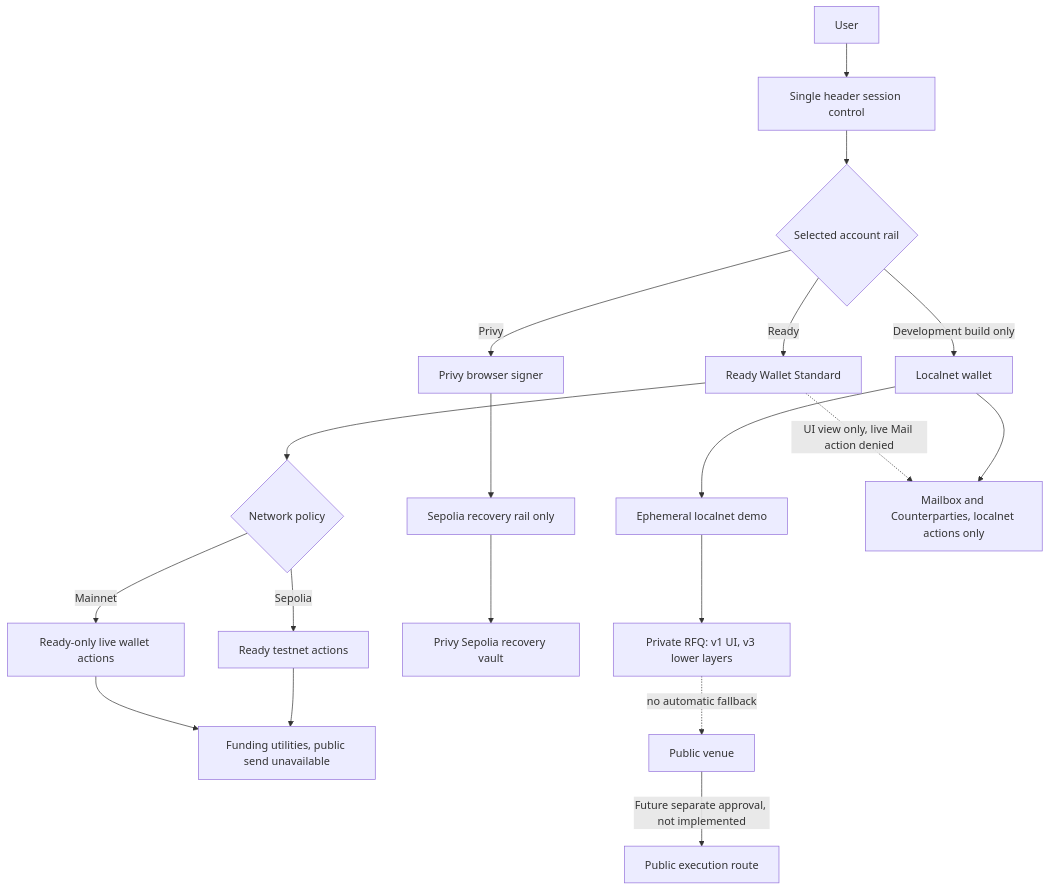
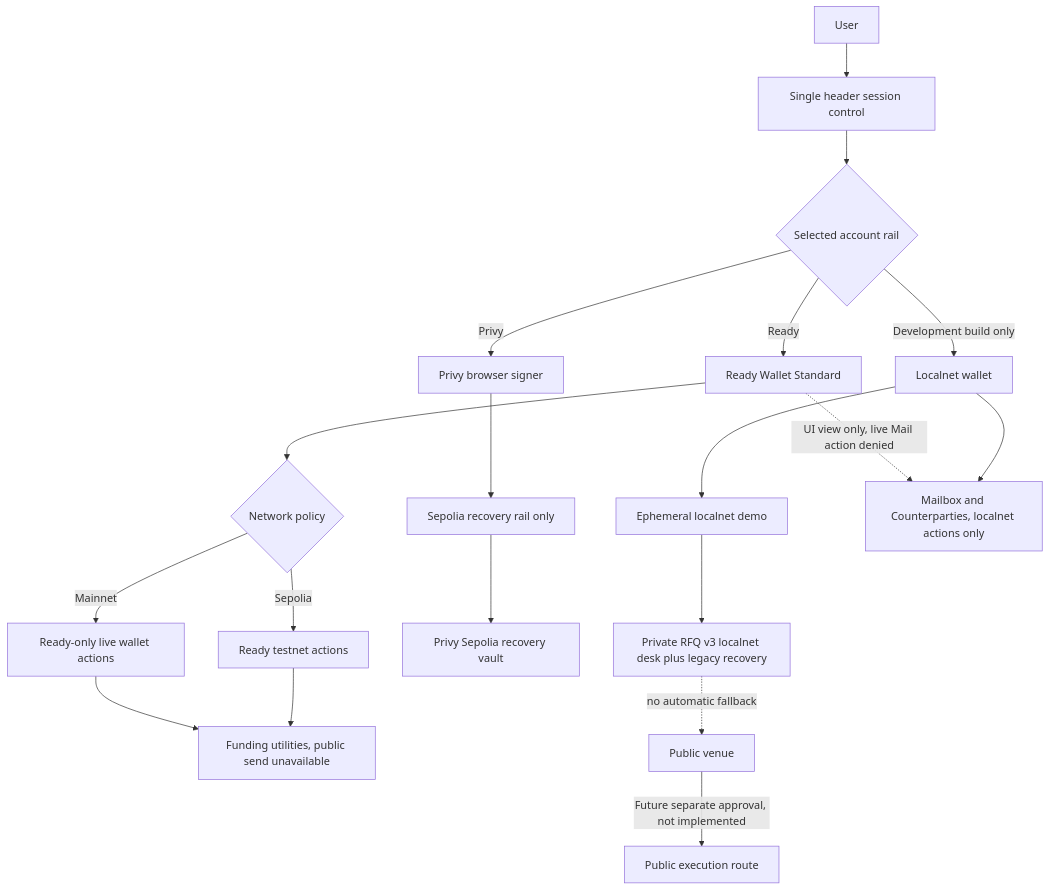
The first of 10 diagrams in docs/APP20_PROCESS_DIAGRAMS.md (gstohl/app20), drawn with Mermaid before and after one commit. The commit also changed other lines of this file and 48 other files, not shown here.

Commit message:
fix(localnet): harden RFQ backups and authority

````diff
--- a/docs/APP20_PROCESS_DIAGRAMS.md
+++ b/docs/APP20_PROCESS_DIAGRAMS.md
@@ -7,26 +7,26 @@
 ```mermaid
 flowchart TD
     U[User] --> H[Single header session control]
     H --> R{Selected account rail}
 
     R -->|Ready| RW[Ready Wallet Standard]
     R -->|Privy| PV[Privy browser signer]
     R -->|Development build only| LW[Localnet wallet]
 
     RW --> RN{Network policy}
     RN -->|Mainnet| RM[Ready-only live wallet actions]
     RN -->|Sepolia| RS[Ready testnet actions]
 
     PV --> PS[Sepolia recovery rail only]
     LW --> LD[Ephemeral localnet demo]
 
     RM --> V[Funding utilities, public send unavailable]
     RS --> V
     PS --> PR[Privy Sepolia recovery vault]
-    LD --> D[Private RFQ: v1 UI, v3 lower layers]
+    LD --> D[Private RFQ v3 localnet desk plus legacy recovery]
     RW -. UI view only, live Mail action denied .-> M[Mailbox and Counterparties, localnet actions only]
     LW --> M
 
     D -. no automatic fallback .-> X[Public venue]
     X -->|Future separate approval, not implemented| PX[Public execution route]
 ```
````
